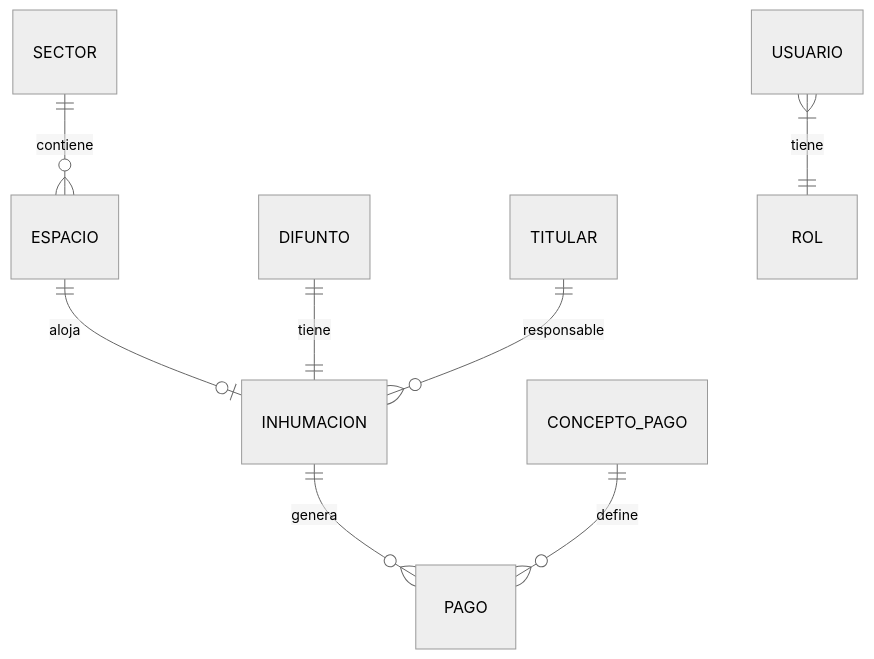
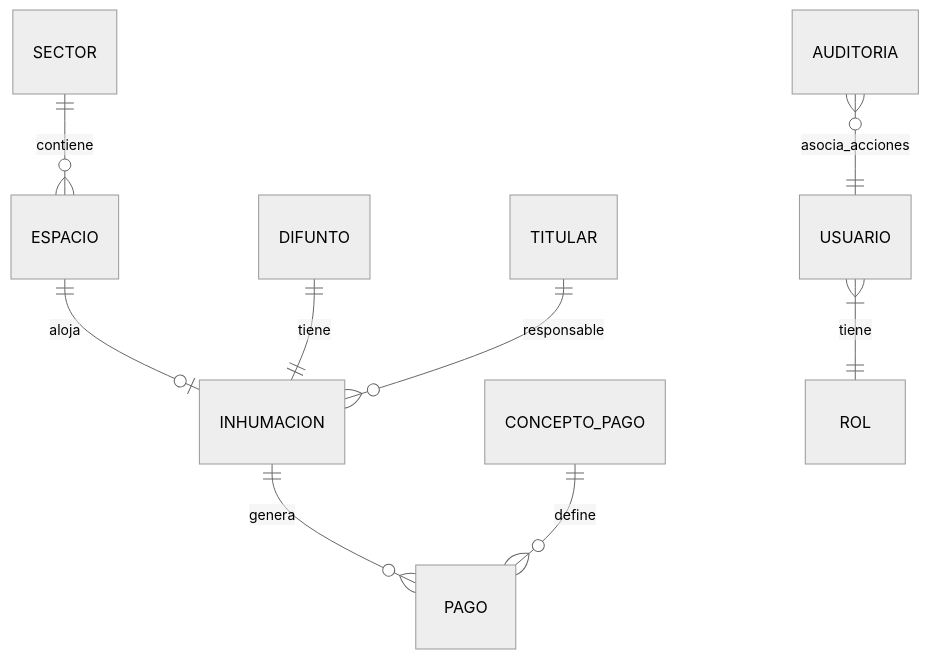
Before and after one commit to acp95/sistema-cementerio: the second of 2 diagrams in ARCHITECTURE.md, drawn with Mermaid (neutral theme). The commit also changed other lines of this file and 64 other files, not shown here.

````diff
--- a/ARCHITECTURE.md
+++ b/ARCHITECTURE.md
@@ -153,10 +133,11 @@
 ```mermaid
 erDiagram
     SECTOR ||--o{ ESPACIO : contiene
     ESPACIO ||--o| INHUMACION : aloja
     DIFUNTO ||--|| INHUMACION : tiene
     TITULAR ||--o{ INHUMACION : responsable
     INHUMACION ||--o{ PAGO : genera
     CONCEPTO_PAGO ||--o{ PAGO : define
     USUARIO }|--|| ROL : tiene
+    AUDITORIA }o--|| USUARIO : asocia_acciones
 ```
````
